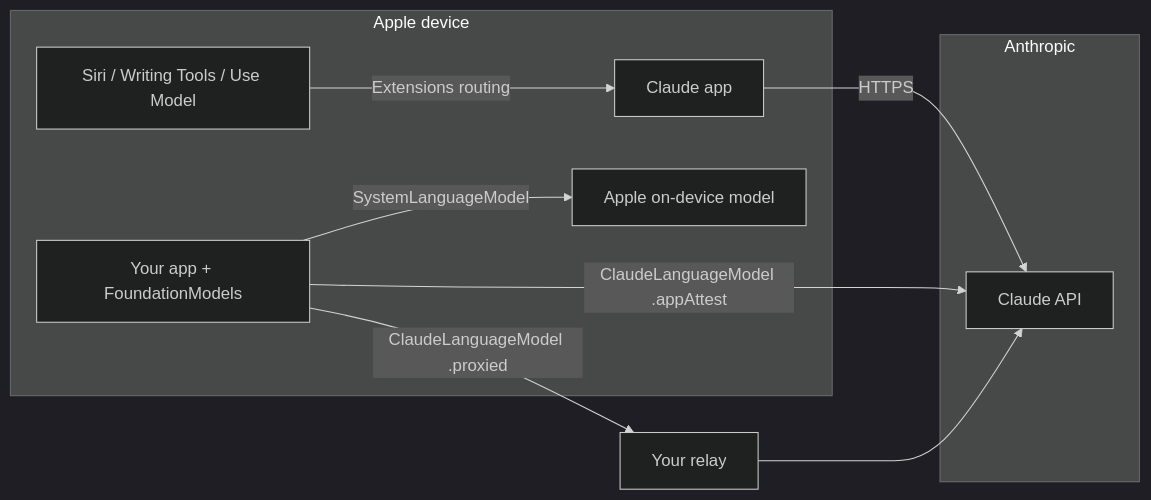
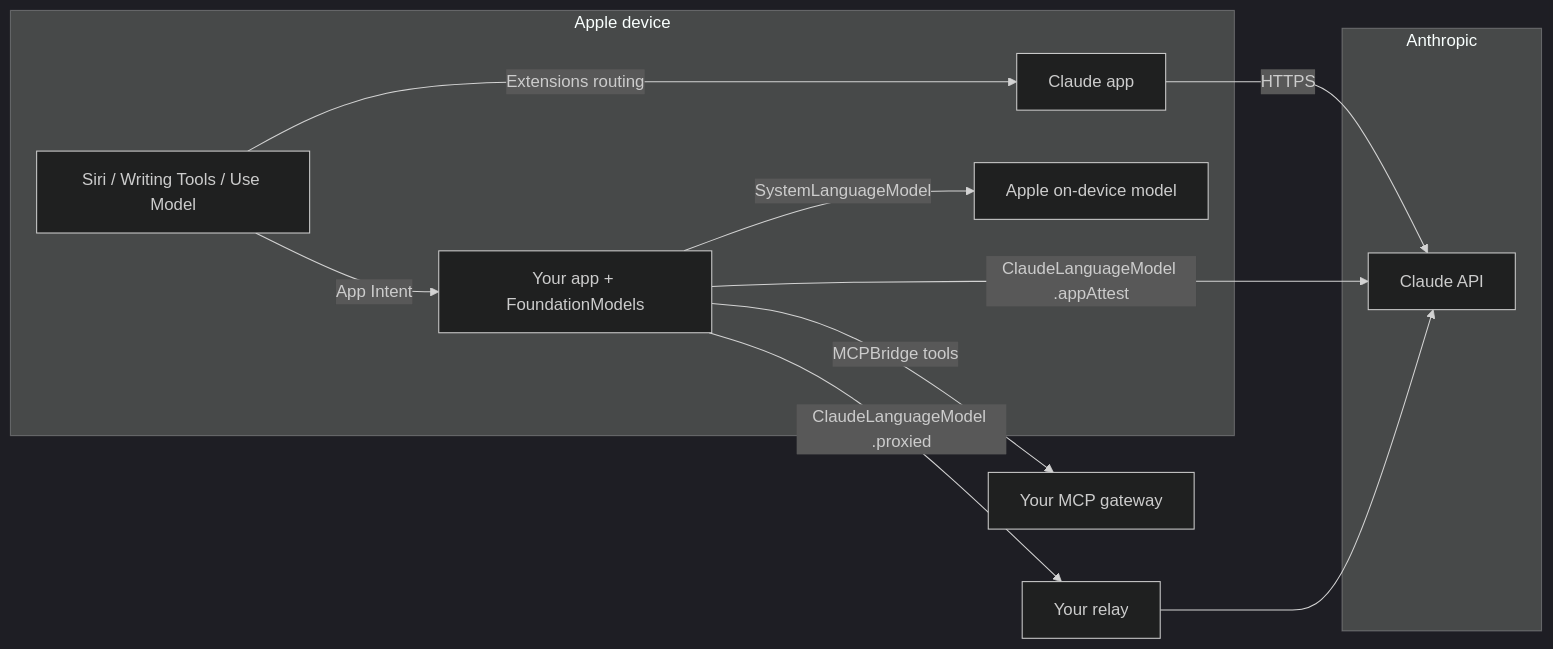
One commit to grayskulltech/identity-labs changed the diagram in labs/apple-intelligence-claude/README.md. Above: the diagram before and after it, drawn with Mermaid (dark theme). The commit also changed other lines of this file and 16 other files, not shown here.

First line of the commit message:
Add MCP gateway bridge so Siri can reach your own tools

````diff
--- a/labs/apple-intelligence-claude/README.md
+++ b/labs/apple-intelligence-claude/README.md
@@ -31,19 +37,23 @@
 ```mermaid
 flowchart LR
     subgraph device [Apple device]
         Siri[Siri / Writing Tools / Use Model]
         ClaudeApp[Claude app]
         YourApp[Your app + FoundationModels]
         OnDevice[Apple on-device model]
     end
     subgraph anthropic [Anthropic]
         API[Claude API]
     end
     Relay[Your relay]
 
+    Gateway[Your MCP gateway]
+
     Siri -- Extensions routing --> ClaudeApp
+    Siri -- App Intent --> YourApp
+    YourApp -- MCPBridge tools --> Gateway
     ClaudeApp -- HTTPS --> API
     YourApp -- ClaudeLanguageModel .appAttest --> API
     YourApp -- ClaudeLanguageModel .proxied --> Relay --> API
     YourApp -- SystemLanguageModel --> OnDevice
 ```
````
